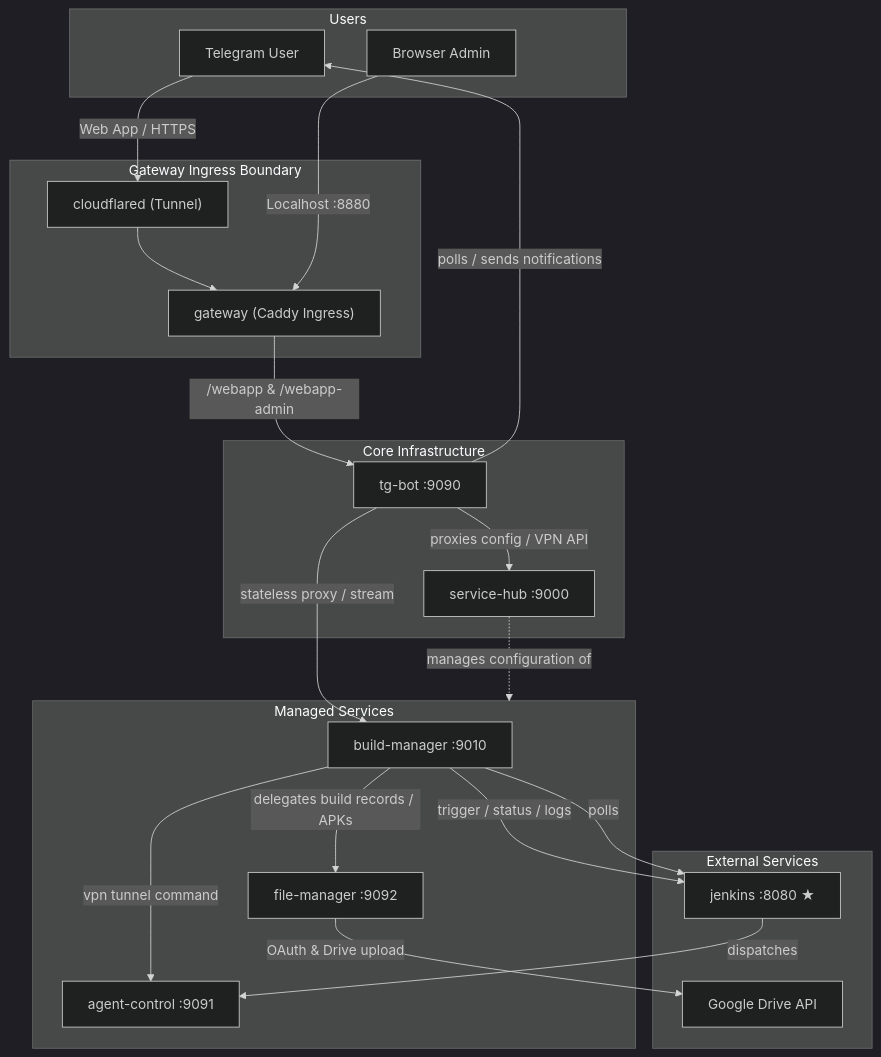
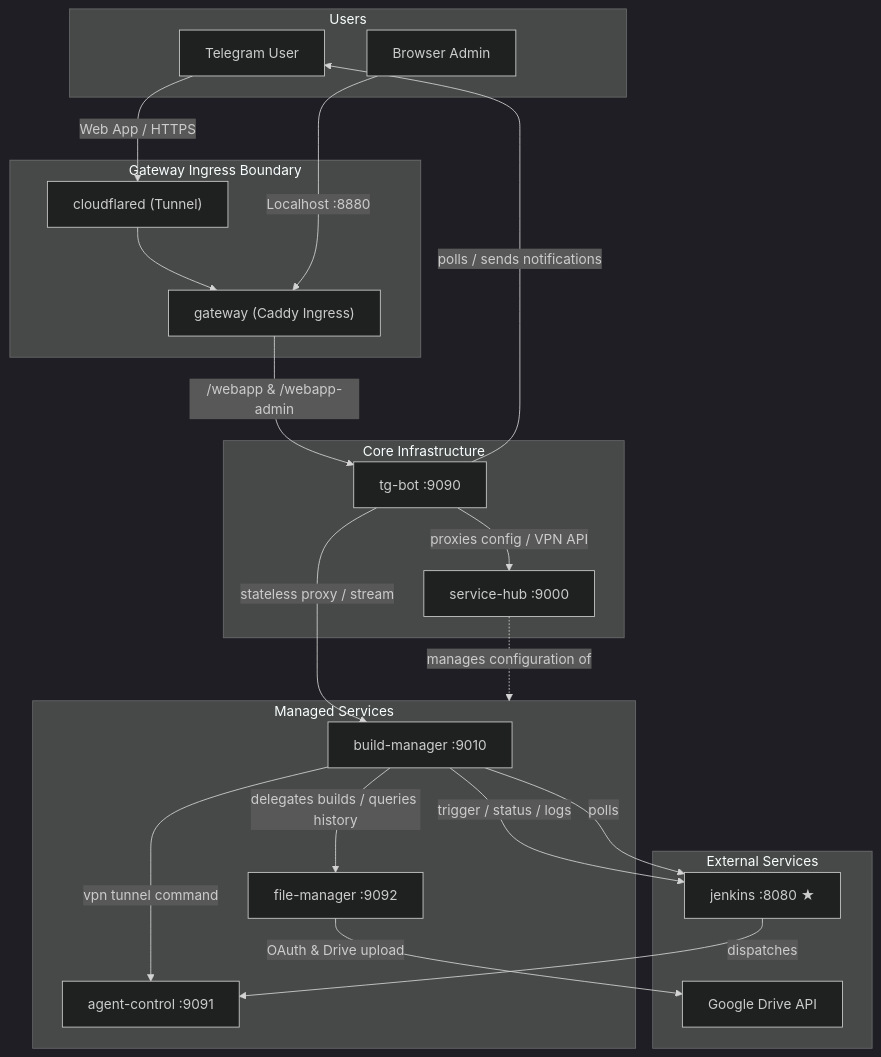
The diagram in README.md (VinhNgT/jenkins-flutter-bot), drawn with Mermaid (dark theme) before and after one commit. The commit also changed other lines of this file and 2 other files, not shown here.

````diff
--- a/README.md
+++ b/README.md
@@ -13,44 +13,44 @@
 ```mermaid
 graph TD
     subgraph users["Users"]
         TU["Telegram User"]
         BA["Browser Admin"]
     end
 
     subgraph public["Gateway Ingress Boundary"]
         CF["cloudflared (Tunnel)"]
         GW["gateway (Caddy Ingress)"]
     end
 
     subgraph ops["Core Infrastructure"]
         BOT["tg-bot :9090"]
         SH["service-hub :9000"]
     end
 
     subgraph managed["Managed Services"]
         BM["build-manager :9010"]
         FM["file-manager :9092"]
         AGT["agent-control :9091"]
     end
 
     subgraph external["External Services"]
         JNK["jenkins :8080 ★"]
         GD["Google Drive API"]
     end
 
     TU -- "Web App / HTTPS" --> CF
     CF --> GW
     BA -- "Localhost :8880" --> GW
     GW -- "/webapp & /webapp-admin" --> BOT
     BOT -- "polls / sends notifications" --> TU
     BOT -- "proxies config / VPN API" --> SH
     SH -. "manages configuration of" .-> managed
 
     BOT -- "stateless proxy / stream" --> BM
     BM -- "trigger / status / logs" --> JNK
     JNK -- "dispatches" --> AGT
     BM -- "polls" --> JNK
-    BM -- "delegates build records / APKs" --> FM
+    BM -- "delegates builds / queries history" --> FM
     BM -- "vpn tunnel command" --> AGT
     FM -- "OAuth & Drive upload" --> GD
 ```
````
